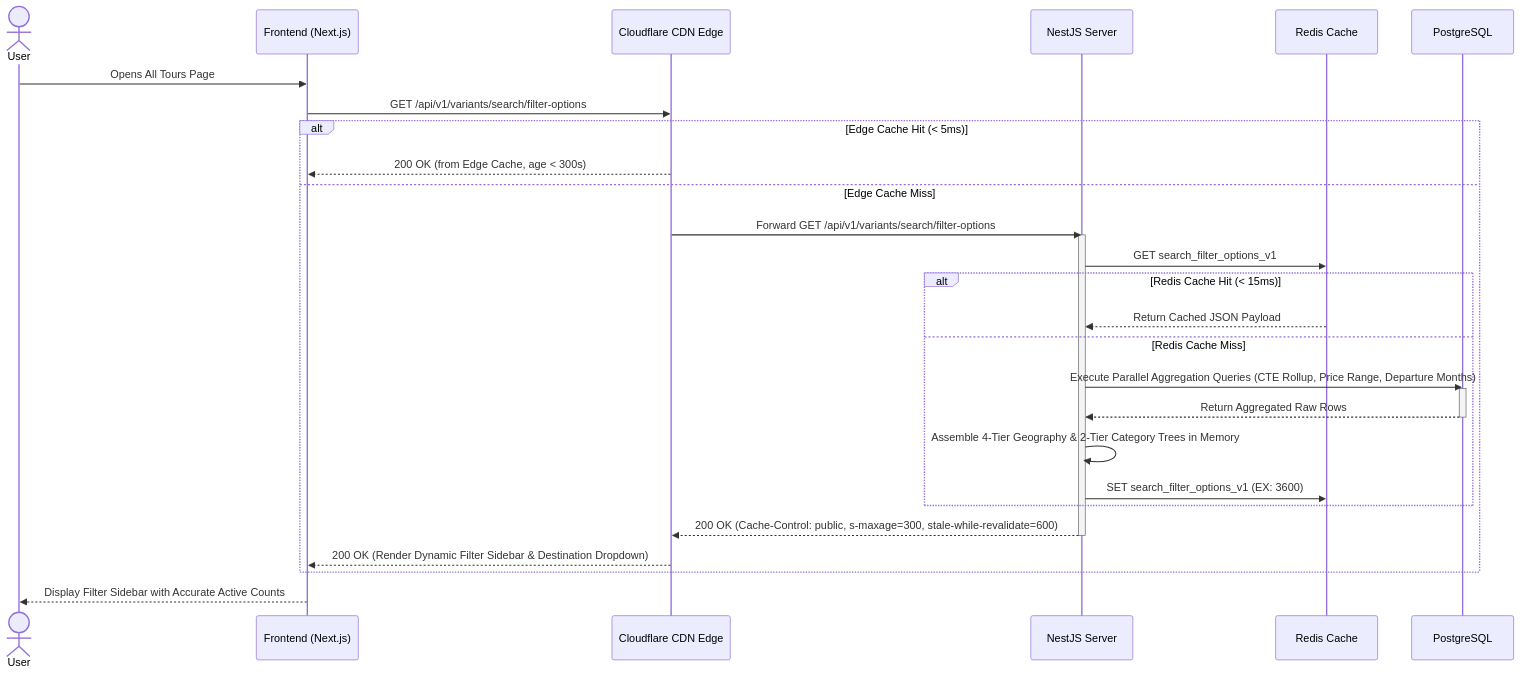
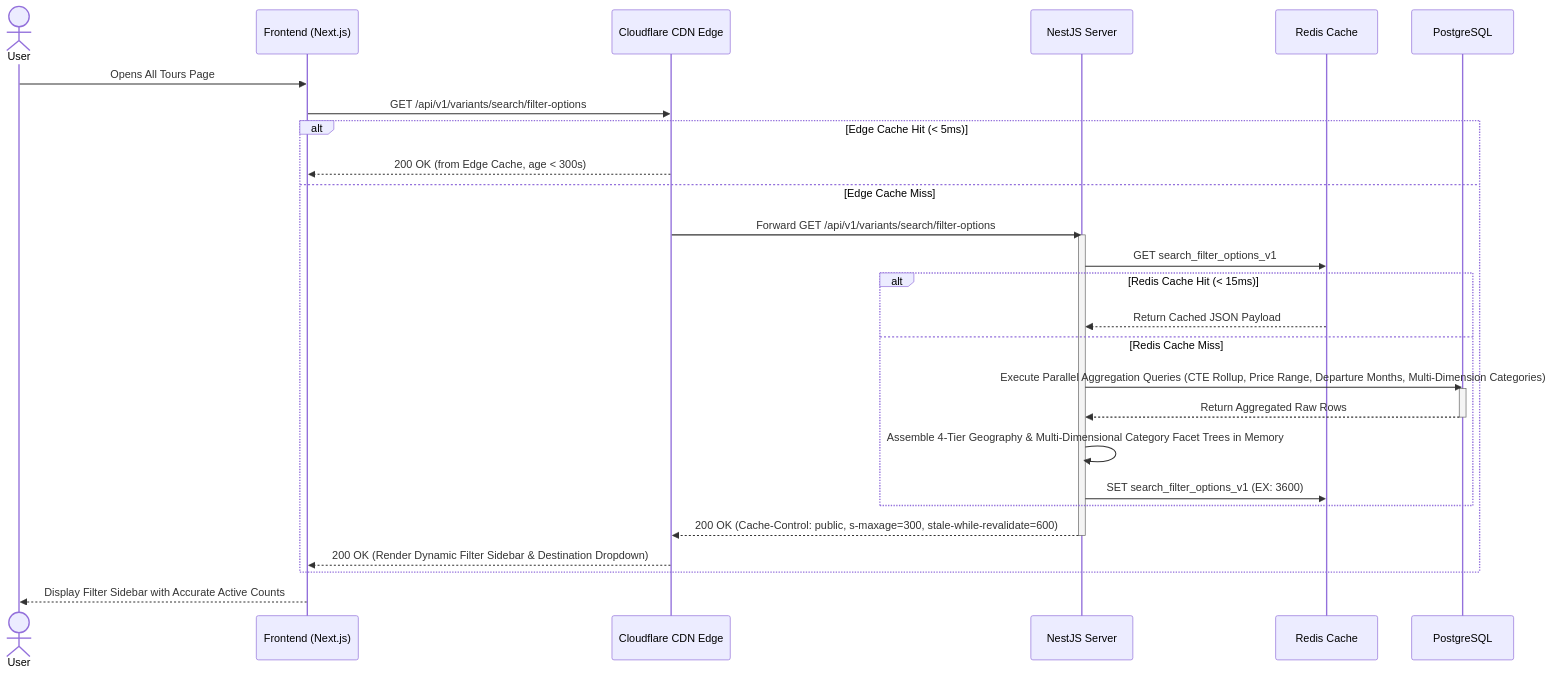
Before and after one commit to Haris-saifudin/hobiholidays-documentations: the second of 2 diagrams in technical/product-search-filter-technical-design.md, drawn with Mermaid. The commit also changed other lines of this file and 3 other files, not shown here.

````diff
--- a/technical/product-search-filter-technical-design.md
+++ b/technical/product-search-filter-technical-design.md
@@ -819,36 +1161,36 @@
 ```mermaid
 sequenceDiagram
     actor User
     participant WebUI as Frontend (Next.js)
     participant Edge as Cloudflare CDN Edge
     participant API as NestJS Server
     participant Redis as Redis Cache
     participant DB as PostgreSQL
 
     User->>WebUI: Opens All Tours Page
     WebUI->>Edge: GET /api/v1/variants/search/filter-options
     
     alt Edge Cache Hit (< 5ms)
         Edge-->>WebUI: 200 OK (from Edge Cache, age < 300s)
     else Edge Cache Miss
         Edge->>API: Forward GET /api/v1/variants/search/filter-options
         activate API
         API->>Redis: GET search_filter_options_v1
         
         alt Redis Cache Hit (< 15ms)
             Redis-->>API: Return Cached JSON Payload
         else Redis Cache Miss
-            API->>DB: Execute Parallel Aggregation Queries (CTE Rollup, Price Range, Departure Months)
+            API->>DB: Execute Parallel Aggregation Queries (CTE Rollup, Price Range, Departure Months, Multi-Dimension Categories)
             activate DB
             DB-->>API: Return Aggregated Raw Rows
             deactivate DB
-            API->>API: Assemble 4-Tier Geography & 2-Tier Category Trees in Memory
+            API->>API: Assemble 4-Tier Geography & Multi-Dimensional Category Facet Trees in Memory
             API->>Redis: SET search_filter_options_v1 (EX: 3600)
         end
         
         API-->>Edge: 200 OK (Cache-Control: public, s-maxage=300, stale-while-revalidate=600)
         deactivate API
         Edge-->>WebUI: 200 OK (Render Dynamic Filter Sidebar & Destination Dropdown)
     end
     WebUI-->>User: Display Filter Sidebar with Accurate Active Counts
 ```
````
